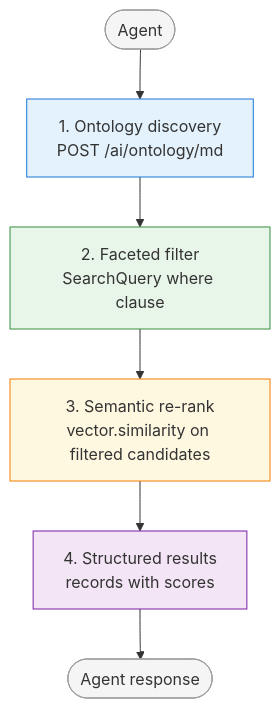
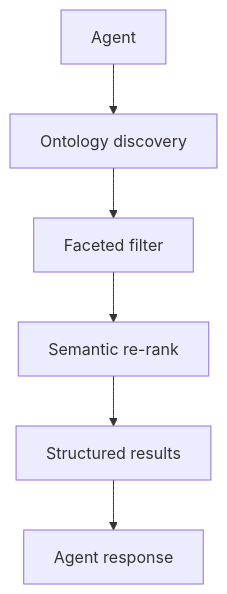
One commit to rush-db/rushdb changed the diagram in docs/docs/concepts/agent-memory-model.md. Above: the diagram before and after it, drawn with Mermaid. The commit also changed 41 other files, not shown here.

````diff
--- a/docs/docs/concepts/agent-memory-model.md
+++ b/docs/docs/concepts/agent-memory-model.md
@@ -41,15 +41,8 @@
 ```mermaid
-flowchart TD
-    A([Agent]) --> B["1. Ontology discovery\nPOST /ai/ontology/md"]
-    B --> C["2. Faceted filter\nSearchQuery where clause"]
-    C --> D["3. Semantic re-rank\nvector.similarity on filtered candidates"]
-    D --> E["4. Structured results\nrecords with scores"]
-    E --> F([Agent response])
-
-    style A fill:#f5f5f5,stroke:#9e9e9e
-    style B fill:#e3f2fd,stroke:#1976d2
-    style C fill:#e8f5e9,stroke:#388e3c
-    style D fill:#fff8e1,stroke:#f57c00
-    style E fill:#f3e5f5,stroke:#7b1fa2
-    style F fill:#f5f5f5,stroke:#9e9e9e
+graph TD
+    A["Agent"] --> B["Ontology discovery"]
+    B --> C["Faceted filter"]
+    C --> D["Semantic re-rank"]
+    D --> E["Structured results"]
+    E --> F["Agent response"]
 ```
````
